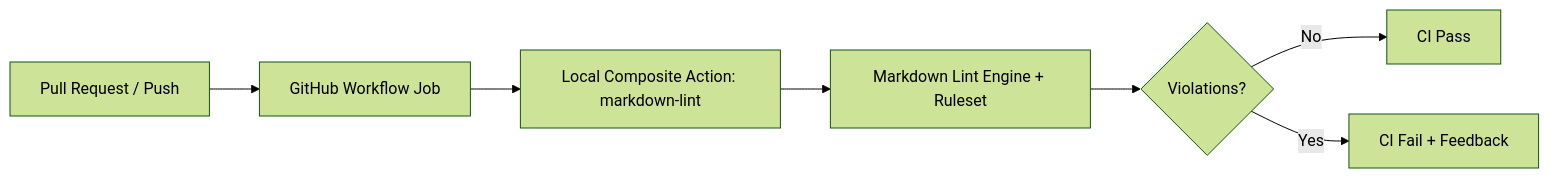
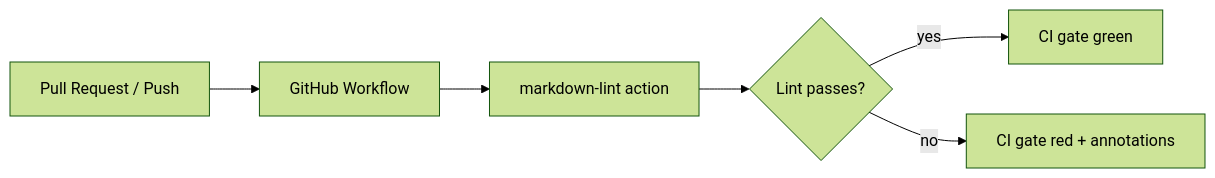
One commit to bartytime4life/Kansas-Frontier-Matrix changed the first of 2 diagrams in .github/actions/markdown-lint/README.md. Above: the diagram before and after it, drawn with Mermaid (forest theme). The commit also changed other lines of this file, not shown here.

First line of the commit message:
Revise README for markdown-lint action

```diff
--- a/.github/actions/markdown-lint/README.md
+++ b/.github/actions/markdown-lint/README.md
@@ -145,9 +135,8 @@
 ~~~mermaid
 flowchart LR
-  A[Pull Request / Push] --> B[GitHub Workflow Job]
-  B --> C[Local Composite Action: markdown-lint]
-  C --> D[Markdown Lint Engine + Ruleset]
-  D --> E{Violations?}
-  E -- No --> F[CI Pass]
-  E -- Yes --> G[CI Fail + Feedback]
+  PR[Pull Request / Push] --> WF[GitHub Workflow]
+  WF --> ML[markdown-lint action]
+  ML --> RES{Lint passes?}
+  RES -- yes --> OK[CI gate green]
+  RES -- no --> FAIL[CI gate red + annotations]
 ~~~
```
